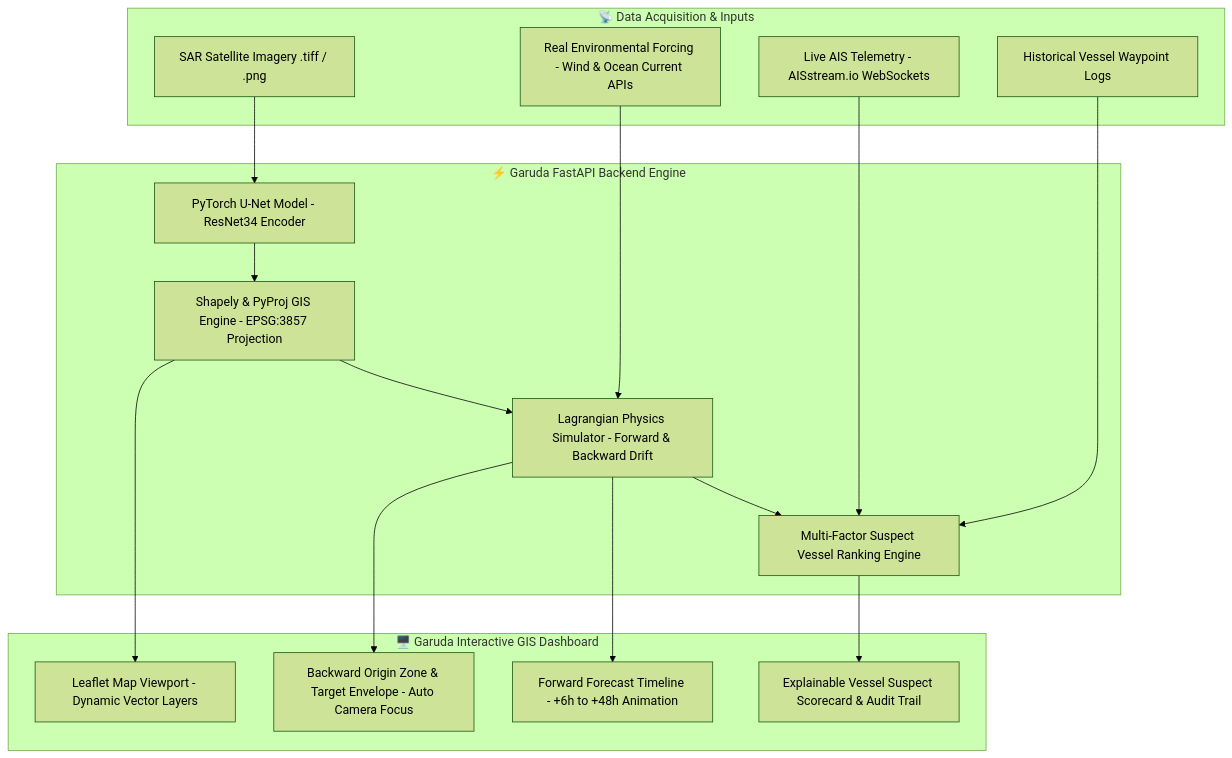
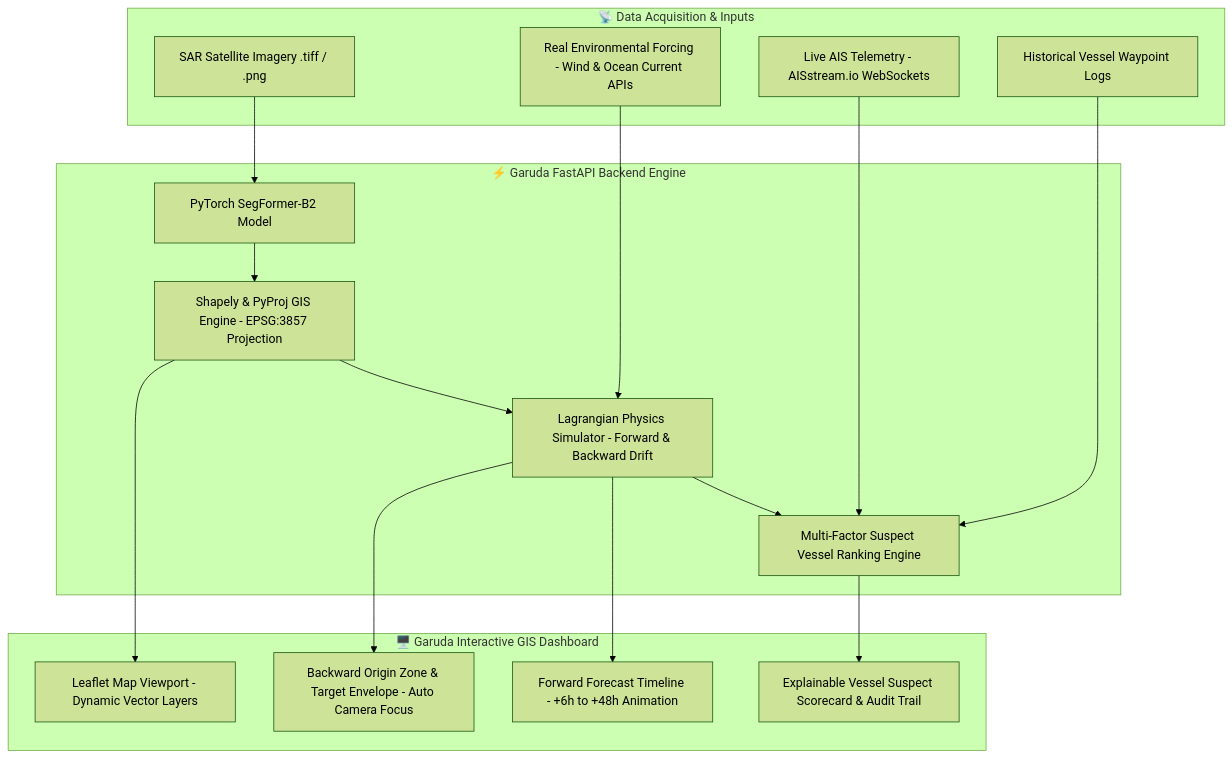
Before and after one commit to basic30/Garuda: the first of 4 diagrams in README.md, drawn with Mermaid (forest theme). The commit also changed other lines of this file and 2 other files, not shown here.

Commit message:
Model Name Change

````diff
--- a/README.md
+++ b/README.md
@@ -46,39 +46,39 @@
 ```mermaid
 graph TD
     %% Input Sources
     subgraph Inputs ["📡 Data Acquisition & Inputs"]
         A[SAR Satellite Imagery .tiff / .png]
         B[Real Environmental Forcing - Wind & Ocean Current APIs]
         C[Live AIS Telemetry - AISstream.io WebSockets]
         D[Historical Vessel Waypoint Logs]
     end
 
     %% Processing Core
     subgraph Backend ["⚡ Garuda FastAPI Backend Engine"]
-        E[PyTorch U-Net Model - ResNet34 Encoder]
+        E[PyTorch SegFormer-B2 Model]
         F[Shapely & PyProj GIS Engine - EPSG:3857 Projection]
         G[Lagrangian Physics Simulator - Forward & Backward Drift]
         H[Multi-Factor Suspect Vessel Ranking Engine]
     end
 
     %% Outputs & UI
     subgraph Frontend ["🖥️ Garuda Interactive GIS Dashboard"]
         I[Leaflet Map Viewport - Dynamic Vector Layers]
         J[Backward Origin Zone & Target Envelope - Auto Camera Focus]
         K[Forward Forecast Timeline - +6h to +48h Animation]
         L[Explainable Vessel Suspect Scorecard & Audit Trail]
     end
 
     %% Pipeline Connections
     A --> E
     E --> F
     F --> G
     B --> G
     G --> H
     C --> H
     D --> H
     F --> I
     G --> K
     G --> J
     H --> L
 ```
````
